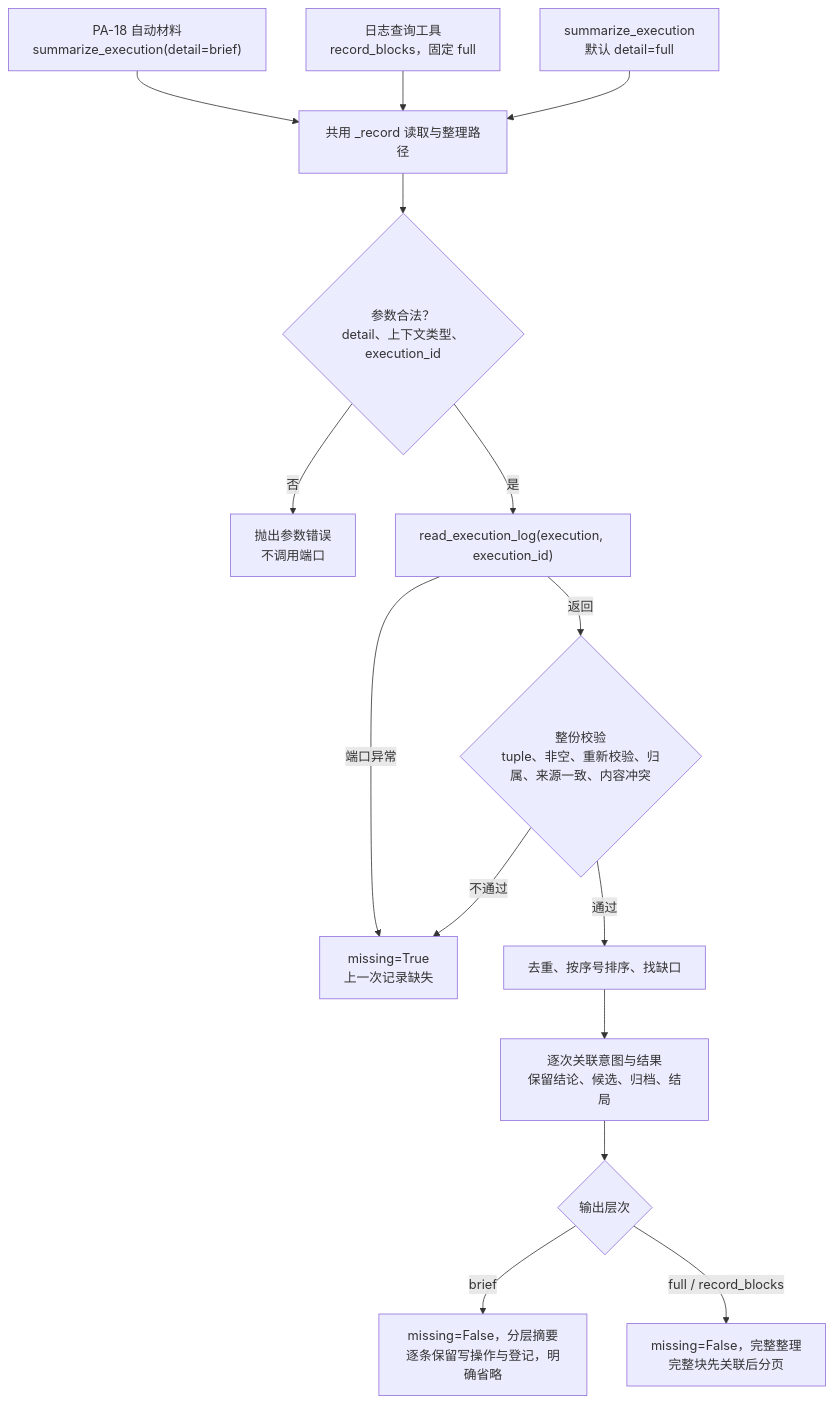
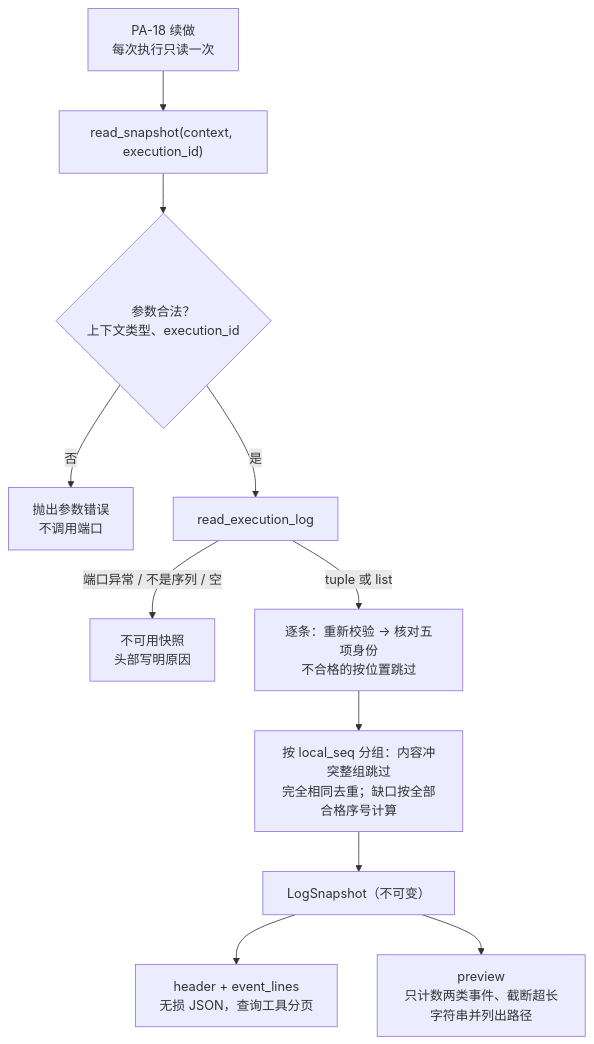
One commit to openJiuwen-ai/agent-core changed the diagram in openjiuwen/harness/persistent_agent/docs/features/F_19_execution-log-record.md. Above: the diagram before and after it, drawn with Mermaid. The commit also changed other lines of this file and 9 other files, not shown here.

Commit message:
docs(harness): document execution log recovery contracts

````diff
--- a/openjiuwen/harness/persistent_agent/docs/features/F_19_execution-log-record.md
+++ b/openjiuwen/harness/persistent_agent/docs/features/F_19_execution-log-record.md
@@ -65,17 +66,13 @@
 ```mermaid
 flowchart TD
-    A["PA-18 自动材料<br/>summarize_execution(detail=brief)"] --> R["共用 _record 读取与整理路径"]
-    D["日志查询工具<br/>record_blocks，固定 full"] --> R
-    F["summarize_execution<br/>默认 detail=full"] --> R
-    R --> P{"参数合法？<br/>detail、上下文类型、execution_id"}
+    A["PA-18 续做<br/>每次执行只读一次"] --> R["read_snapshot(context, execution_id)"]
+    R --> P{"参数合法？<br/>上下文类型、execution_id"}
     P -- "否" --> X["抛出参数错误<br/>不调用端口"]
-    P -- "是" --> L["read_execution_log(execution, execution_id)"]
-    L -- "端口异常" --> M["missing=True<br/>上一次记录缺失"]
-    L -- "返回" --> V{"整份校验<br/>tuple、非空、重新校验、归属、来源一致、内容冲突"}
-    V -- "不通过" --> M
-    V -- "通过" --> S["去重、按序号排序、找缺口"]
-    S --> G["逐次关联意图与结果<br/>保留结论、候选、归档、结局"]
-    G --> K{"输出层次"}
-    K -- "brief" --> T["missing=False，分层摘要<br/>逐条保留写操作与登记，明确省略"]
-    K -- "full / record_blocks" --> U["missing=False，完整整理<br/>完整块先关联后分页"]
+    P -- "是" --> L["read_execution_log"]
+    L -- "端口异常 / 不是序列 / 空" --> U["不可用快照<br/>头部写明原因"]
+    L -- "tuple 或 list" --> V["逐条：重新校验 → 核对五项身份<br/>不合格的按位置跳过"]
+    V --> G["按 local_seq 分组：内容冲突整组跳过<br/>完全相同去重；缺口按全部合格序号计算"]
+    G --> S["LogSnapshot（不可变）"]
+    S --> H["header + event_lines<br/>无损 JSON，查询工具分页"]
+    S --> W["preview<br/>只计数两类事件、截断超长字符串并列出路径"]
 ```
````
